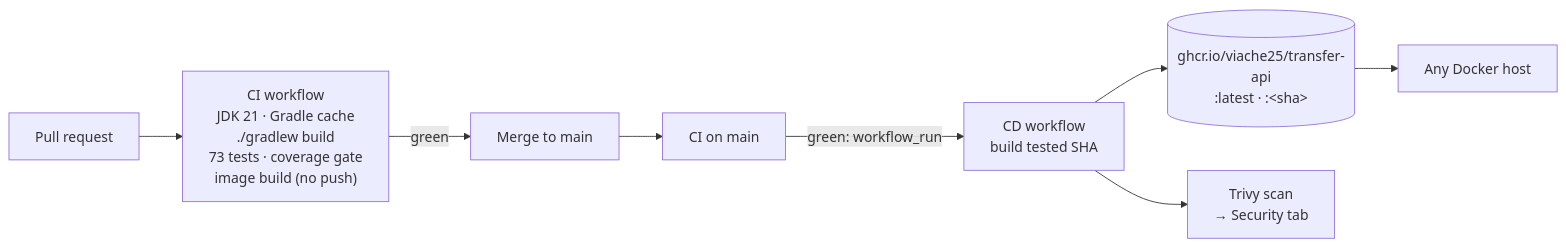
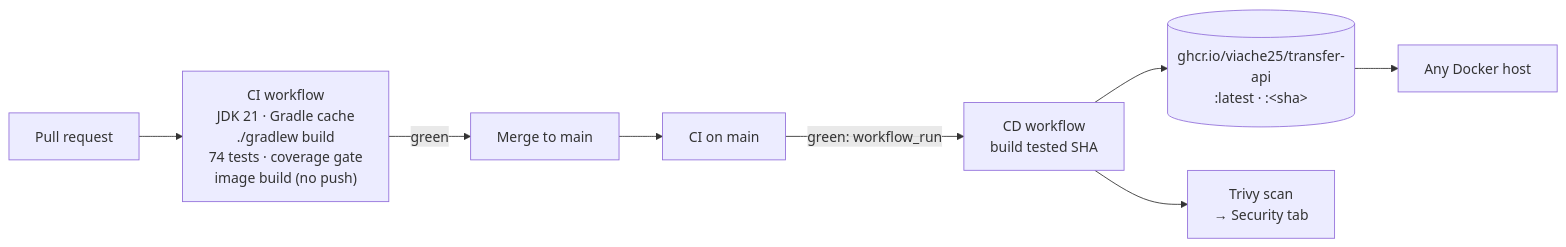
Before and after one commit to viache25/transfer-api: the third of 3 diagrams in README.md, drawn with Mermaid. The commit also changed other lines of this file and 7 other files, not shown here.

````diff
--- a/README.md
+++ b/README.md
@@ -367,10 +386,10 @@
 ```mermaid
 flowchart LR
-    PR[Pull request] --> CI["CI workflow<br/>JDK 21 · Gradle cache<br/>./gradlew build<br/>73 tests · coverage gate<br/>image build (no push)"]
+    PR[Pull request] --> CI["CI workflow<br/>JDK 21 · Gradle cache<br/>./gradlew build<br/>74 tests · coverage gate<br/>image build (no push)"]
     CI -->|green| M[Merge to main]
     M --> CI2["CI on main"]
     CI2 -->|green: workflow_run| CD["CD workflow<br/>build tested SHA"]
     CD --> R[("ghcr.io/viache25/transfer-api<br/>:latest · :&lt;sha&gt;")]
     CD --> T["Trivy scan<br/>→ Security tab"]
     R --> S[Any Docker host]
 ```
````
